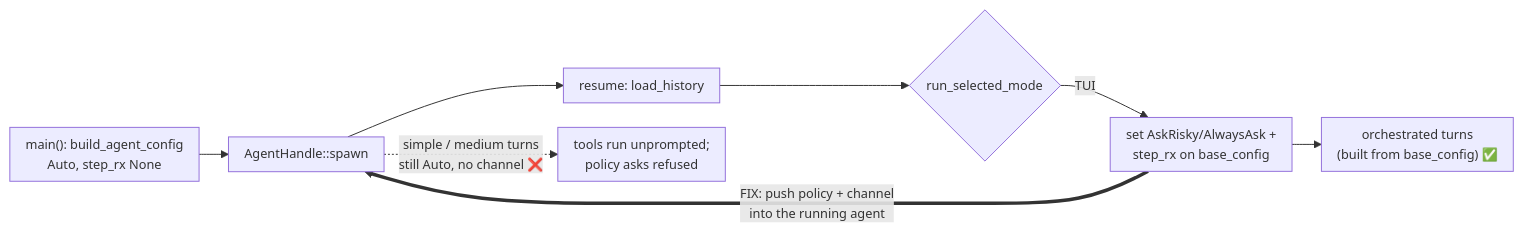
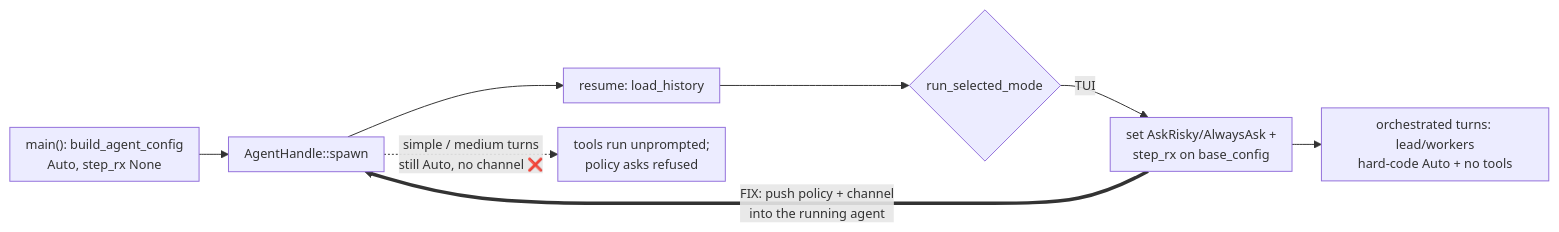
The first of 2 diagrams in docs/plans/tui-approval-fix-spec.md (wojciechkpl/hone), drawn with Mermaid before and after one commit. The commit also changed other lines of this file, not shown here.

````diff
--- a/docs/plans/tui-approval-fix-spec.md
+++ b/docs/plans/tui-approval-fix-spec.md
@@ -16,11 +19,11 @@
 ```mermaid
 %%{init: {"themeVariables": {"fontSize": "13px"}, "flowchart": {"nodeSpacing": 25, "rankSpacing": 30, "padding": 8}, "sequence": {"actorMargin": 30, "messageMargin": 25, "boxMargin": 6}, "gantt": {"barHeight": 16, "barGap": 3}}}%%
 flowchart LR
   M["main(): build_agent_config<br/>Auto, step_rx None"] --> S["AgentHandle::spawn"]
   S --> R["resume: load_history"]
   R --> T{"run_selected_mode"}
   T -->|TUI| W["set AskRisky/AlwaysAsk +<br/>step_rx on base_config"]
-  W --> O["orchestrated turns<br/>(built from base_config) ✅"]
+  W --> O["orchestrated turns: lead/workers<br/>hard-code Auto + no tools"]
   S -. "simple / medium turns<br/>still Auto, no channel ❌" .-> X["tools run unprompted;<br/>policy asks refused"]
   W == "FIX: push policy + channel<br/>into the running agent" ==> S
 ```
````
